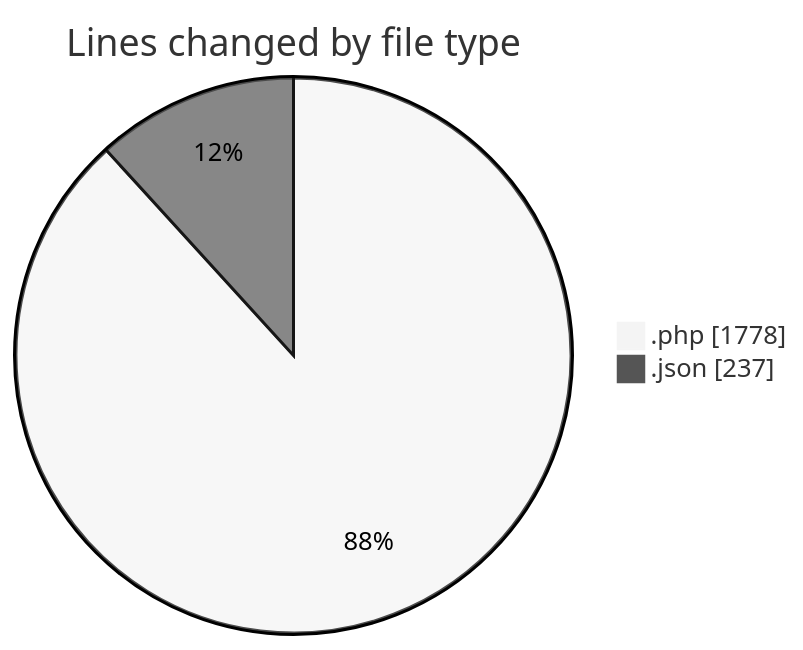
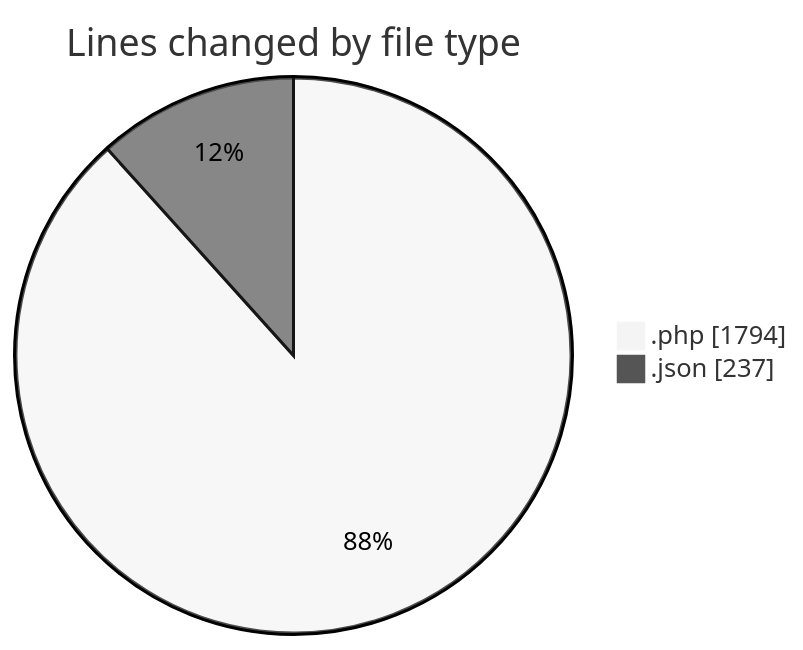
Before and after one commit to idhammustaqopulfikri/code-tracking: the first of 2 diagrams in 2025-06-23/studio-backend/README.md, drawn with Mermaid (neutral theme). The commit also changed other lines of this file and 1 other file, not shown here.

````diff
--- a/2025-06-23/studio-backend/README.md
+++ b/2025-06-23/studio-backend/README.md
@@ -23,6 +23,6 @@
 ```mermaid
 pie showData
 title Lines changed by file type
-".php" : 1778
+".php" : 1794
 ".json" : 237
 ```
````
